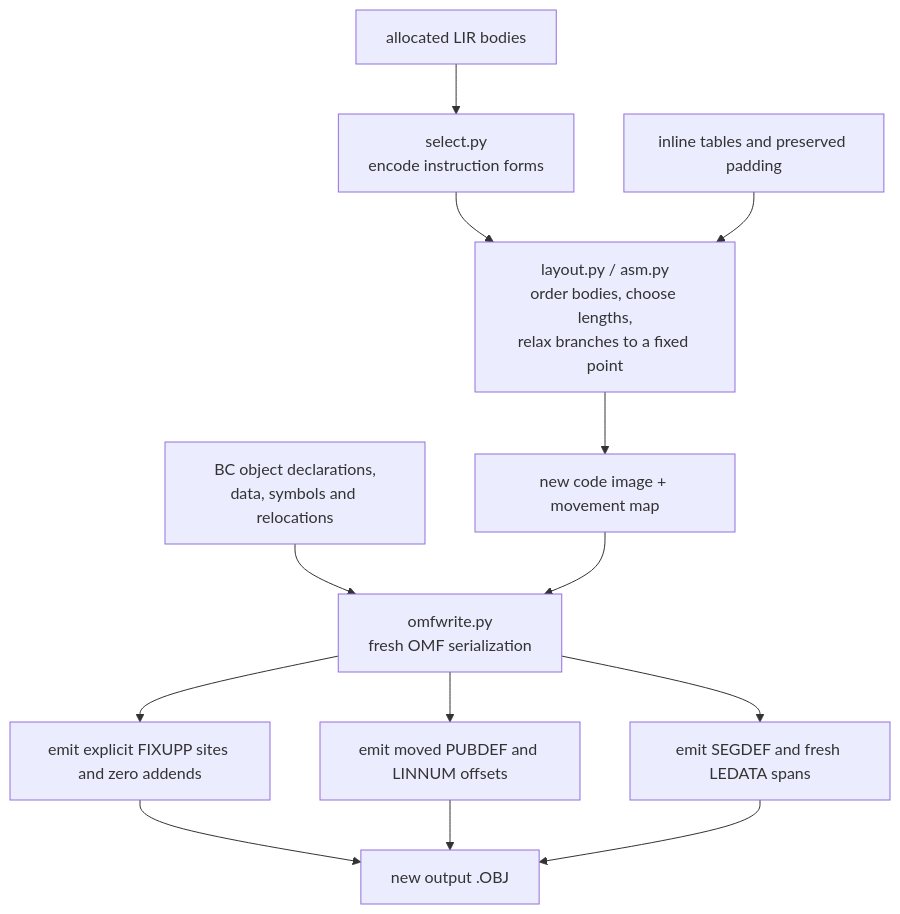
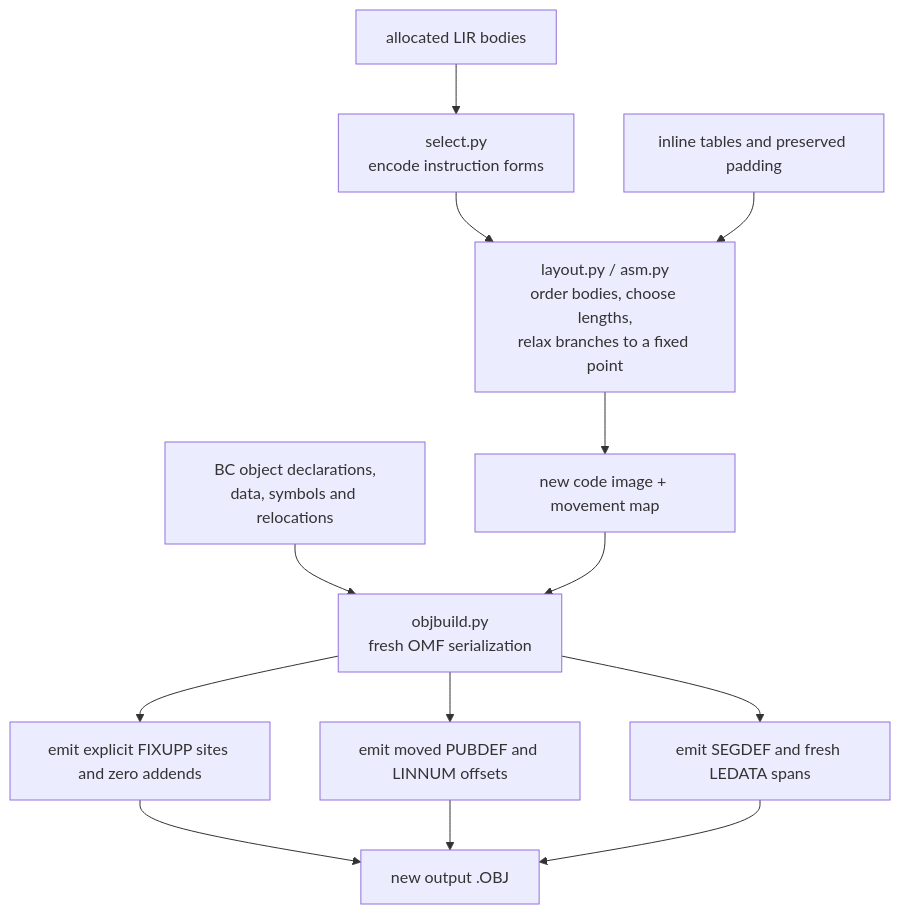
One commit to ali-mosavian/llrm changed the ninth of 10 diagrams in docs/architecture/readme.md. Above: the diagram before and after it, drawn with Mermaid. The commit also changed other lines of this file and 30 other files, not shown here.

First line of the commit message:
refactor(object): a format-neutral Object, and the OMF writer as llrm-omf::write of it

````diff
--- a/docs/architecture/readme.md
+++ b/docs/architecture/readme.md
@@ -423,16 +423,16 @@
 ```mermaid
 flowchart TD
     Bodies["allocated LIR bodies"] --> Select["select.py<br/>encode instruction forms"]
     Select --> Layout["layout.py / asm.py<br/>order bodies, choose lengths,<br/>relax branches to a fixed point"]
     Tables["inline tables and preserved padding"] --> Layout
     Layout --> Image["new code image + movement map"]
 
-    Frontend["BC object declarations,<br/>data, symbols and relocations"] --> Write["omfwrite.py<br/>fresh OMF serialization"]
+    Frontend["BC object declarations,<br/>data, symbols and relocations"] --> Write["objbuild.py<br/>fresh OMF serialization"]
     Image --> Write
     Write --> Fix["emit explicit FIXUPP sites and zero addends"]
     Write --> Symbols["emit moved PUBDEF and LINNUM offsets"]
     Write --> Segment["emit SEGDEF and fresh LEDATA spans"]
     Fix --> Output["new output .OBJ"]
     Symbols --> Output
     Segment --> Output
 ```
````
